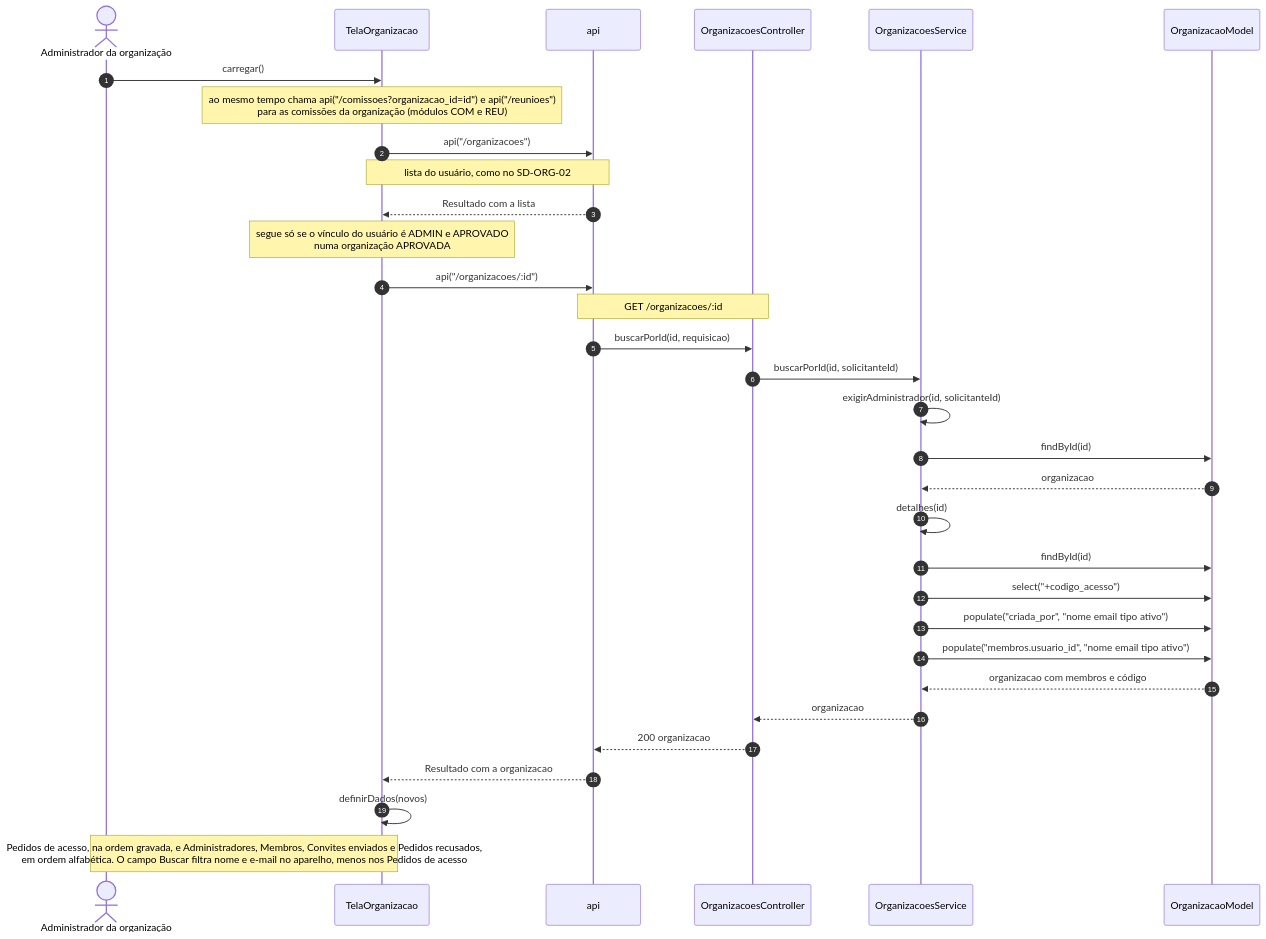
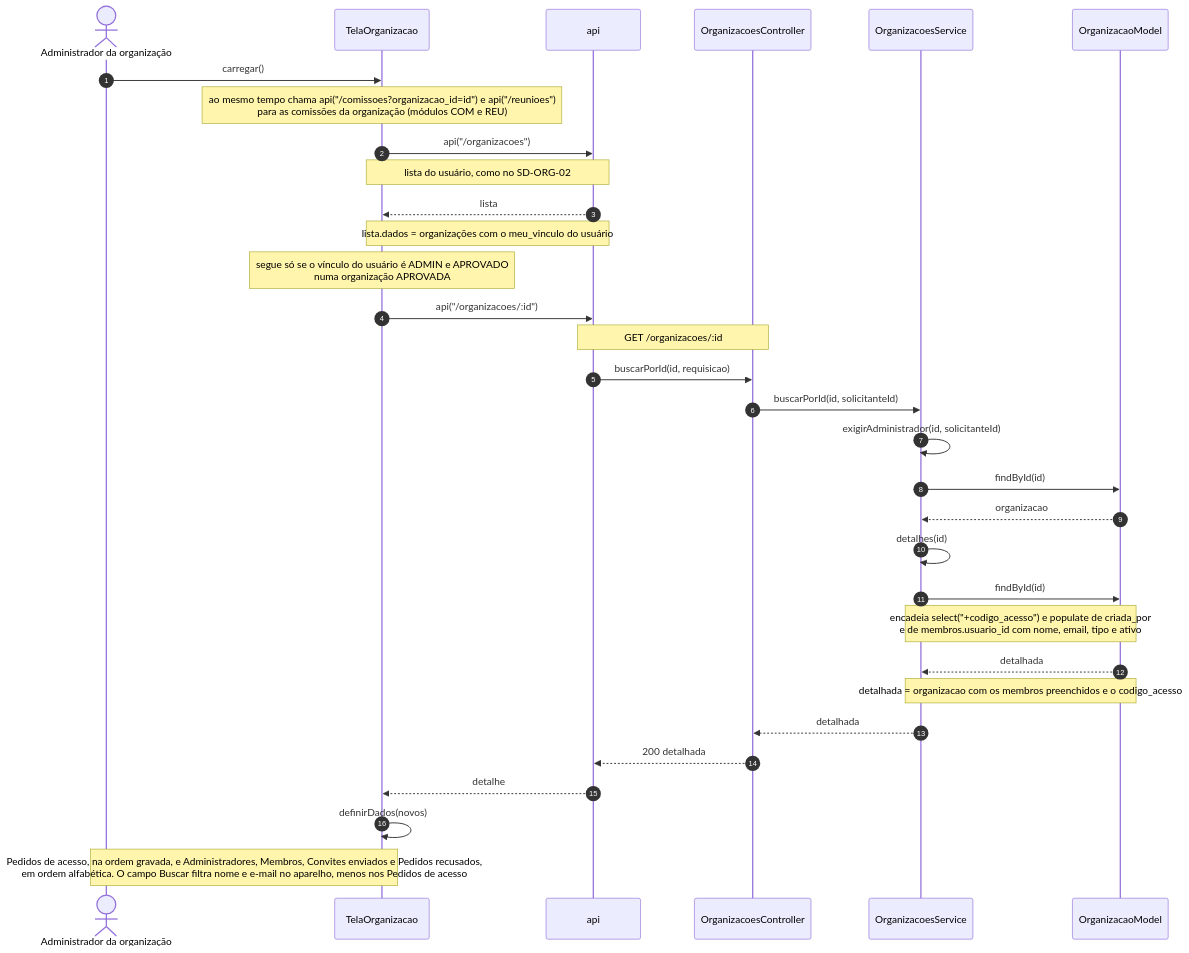
Before and after one commit to Conecta-IFSP/DOCUMENTATION: diagram 15 of 15 in 2 - Incremento 1/cadastro-organizacao/6 - diagramas-sequencia-cadastro-organizacao.md, drawn with Mermaid. The commit also changed other lines of this file and 97 other files, not shown here.

````diff
--- a/2 - Incremento 1/cadastro-organizacao/6 - diagramas-sequencia-cadastro-organizacao.md
+++ b/2 - Incremento 1/cadastro-organizacao/6 - diagramas-sequencia-cadastro-organizacao.md
@@ -595,34 +643,34 @@
 ```mermaid
 sequenceDiagram
     autonumber
     actor U as Administrador da organização
     participant T as TelaOrganizacao
     participant A as api
     participant C as OrganizacoesController
     participant S as OrganizacoesService
     participant M as OrganizacaoModel
     U->>T: carregar()
     Note over T: ao mesmo tempo chama api("/comissoes?organizacao_id=id") e api("/reunioes")<br/>para as comissões da organização (módulos COM e REU)
     T->>A: api("/organizacoes")
     Note over T,A: lista do usuário, como no SD-ORG-02
-    A-->>T: Resultado com a lista
+    A-->>T: lista
+    Note over T,A: lista.dados = organizações com o meu_vinculo do usuário
     Note over T: segue só se o vínculo do usuário é ADMIN e APROVADO<br/>numa organização APROVADA
     T->>A: api("/organizacoes/:id")
     Note over A,C: GET /organizacoes/:id
     A->>C: buscarPorId(id, requisicao)
     C->>S: buscarPorId(id, solicitanteId)
     S->>S: exigirAdministrador(id, solicitanteId)
     S->>M: findById(id)
     M-->>S: organizacao
     S->>S: detalhes(id)
     S->>M: findById(id)
-    S->>M: select("+codigo_acesso")
-    S->>M: populate("criada_por", "nome email tipo ativo")
-    S->>M: populate("membros.usuario_id", "nome email tipo ativo")
-    M-->>S: organizacao com membros e código
-    S-->>C: organizacao
-    C-->>A: 200 organizacao
-    A-->>T: Resultado com a organizacao
+    Note over S,M: encadeia select("+codigo_acesso") e populate de criada_por<br/>e de membros.usuario_id com nome, email, tipo e ativo
+    M-->>S: detalhada
+    Note over S,M: detalhada = organizacao com os membros preenchidos e o codigo_acesso
+    S-->>C: detalhada
+    C-->>A: 200 detalhada
+    A-->>T: detalhe
     T->>T: definirDados(novos)
     Note over U,T: Pedidos de acesso, na ordem gravada, e Administradores, Membros, Convites enviados e Pedidos recusados,<br/>em ordem alfabética. O campo Buscar filtra nome e e-mail no aparelho, menos nos Pedidos de acesso
 ```
````
